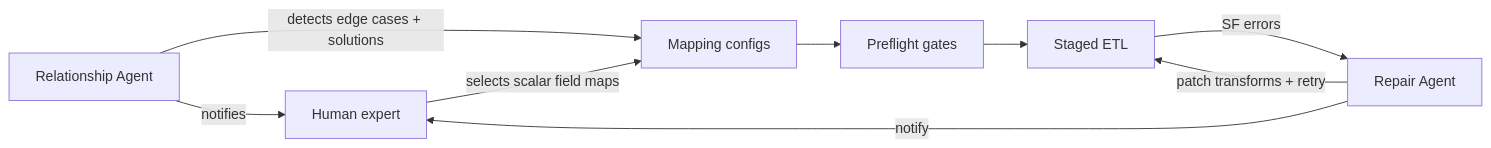
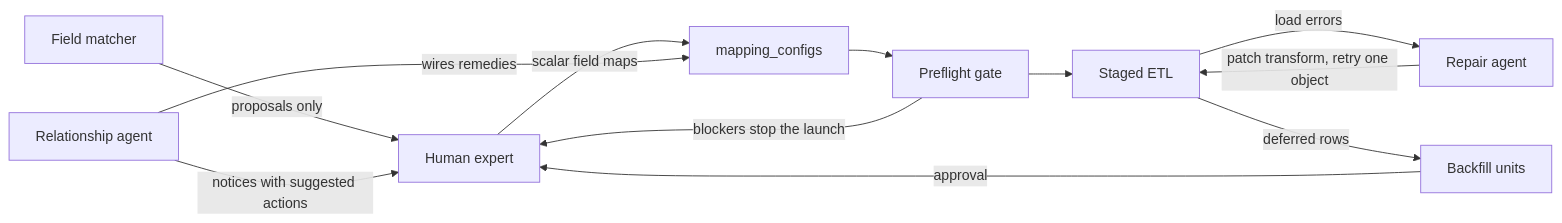
The fourth of 10 diagrams in docs/ARCHITECTURE.md (shahid-rawther/SF-Data-Migration-LLM), drawn with Mermaid before and after one commit. The commit also changed other lines of this file and 76 other files, not shown here.

````diff
--- a/docs/ARCHITECTURE.md
+++ b/docs/ARCHITECTURE.md
@@ -162,11 +217,14 @@
 ```mermaid
 flowchart LR
-  Human[Human expert] -->|selects scalar field maps| Config[Mapping configs]
-  RelAgent[Relationship Agent] -->|detects edge cases + solutions| Config
-  RelAgent -->|notifies| Human
-  Config --> Preflight[Preflight gates]
-  Preflight --> ETL[Staged ETL]
-  ETL -->|SF errors| RepairAgent[Repair Agent]
-  RepairAgent -->|patch transforms + retry| ETL
-  RepairAgent -->|notify| Human
+  Human[Human expert] -->|scalar field maps| Config[mapping_configs]
+  FM[Field matcher] -->|proposals only| Human
+  RelAgent[Relationship agent] -->|wires remedies| Config
+  RelAgent -->|notices with suggested actions| Human
+  Config --> Gate[Preflight gate]
+  Gate -->|blockers stop the launch| Human
+  Gate --> ETL[Staged ETL]
+  ETL -->|load errors| RepairAgent[Repair agent]
+  RepairAgent -->|patch transform, retry one object| ETL
+  ETL -->|deferred rows| BF[Backfill units]
+  BF -->|approval| Human
 ```
````
